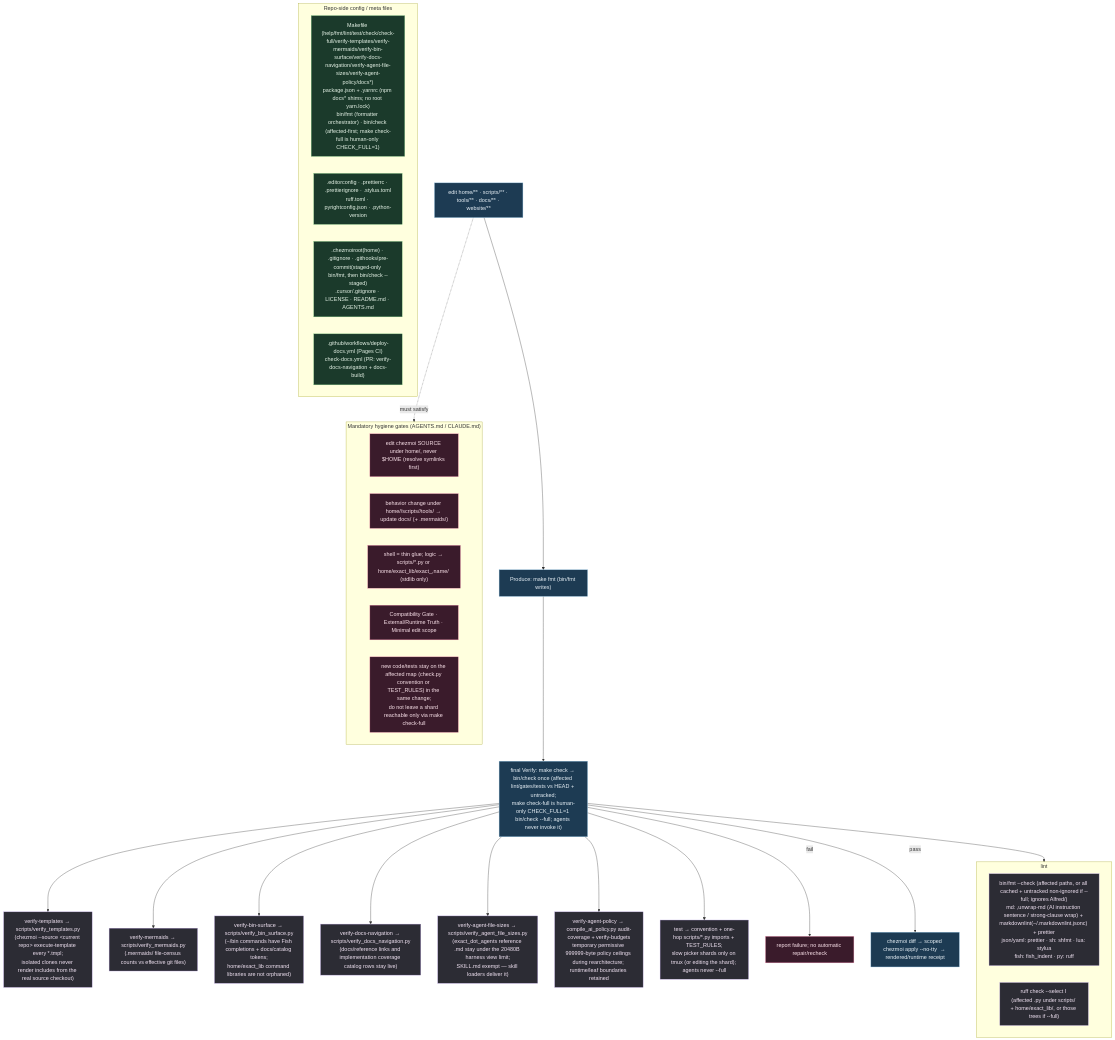
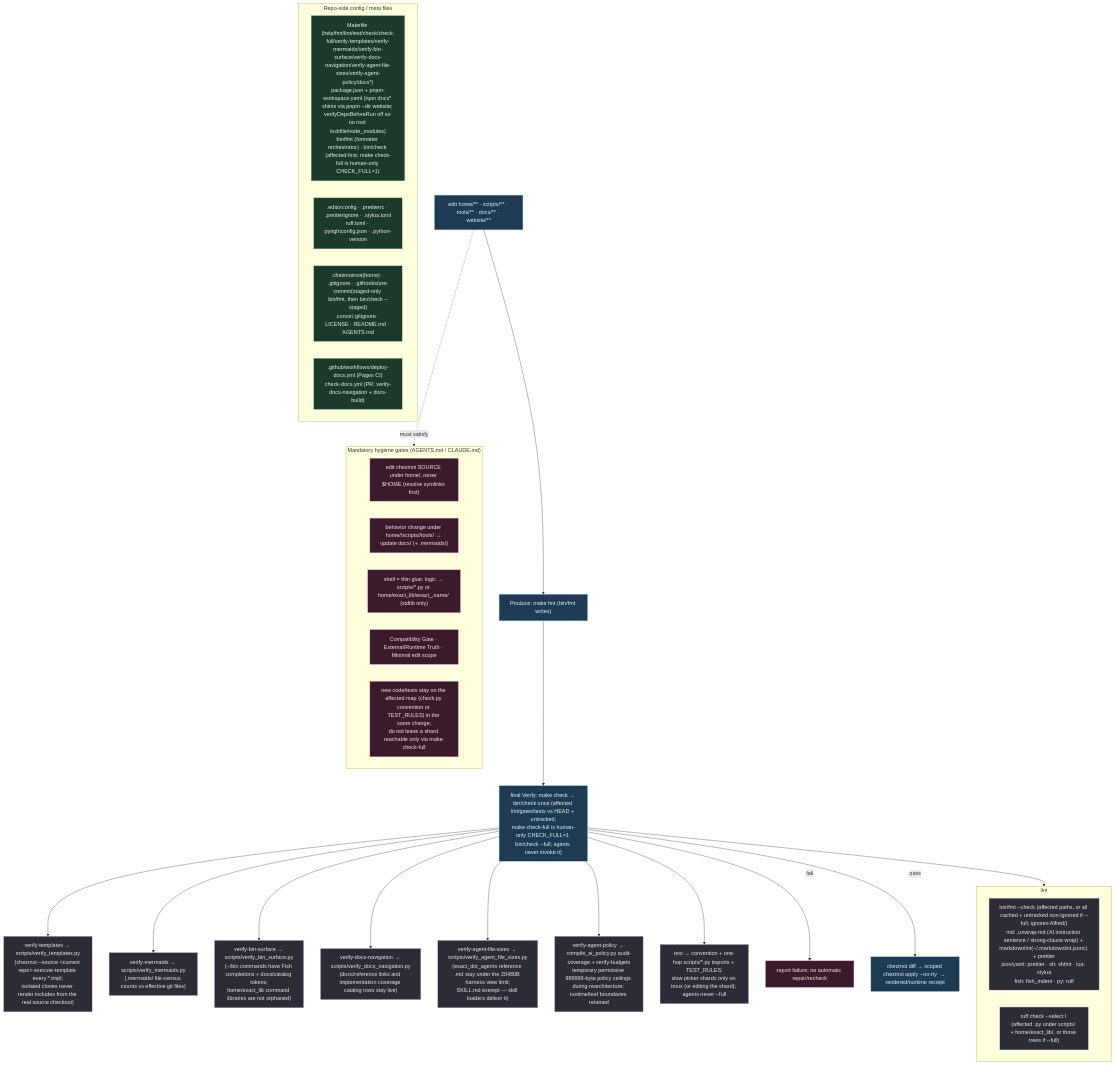
One commit to kapral18/dotfiles changed the diagram in .mermaids/09-repo-validation.mmd. Above: the diagram before and after it, drawn with Mermaid. The commit also changed 75 other files, not shown here.

First line of the commit message:
feat(pnpm): migrate repository from Yarn to pnpm

```diff
--- a/.mermaids/09-repo-validation.mmd
+++ b/.mermaids/09-repo-validation.mmd
@@ -1,46 +1,46 @@
 %% ============================================================================
 %% 09-repo-validation.mmd — Repo dev loop + every repo-side config/meta file.
 %% Produce: `make fmt`; integrated final Verify: `make check` once. `make check` is affected-only
 %% (`bin/check` vs dirty paths). `make check-full` is human-only (`CHECK_FULL=1 bin/check --full`);
 %% agents must never invoke it. Pre-commit: staged-only bin/fmt, then `bin/check --staged`.
 %% ============================================================================
 flowchart TD
     classDef mk fill:#1d3b53,stroke:#7fb3d5,color:#eaf2f8;
     classDef tool fill:#2c2c34,stroke:#b39ddb,color:#f3e5f5;
     classDef gate fill:#3a1b2b,stroke:#f48fb1,color:#fce4ec;
     classDef cfg fill:#1b3a2b,stroke:#81c784,color:#e8f5e9;
 
     EDIT["edit home/** · scripts/** · tools/** · docs/** · website/**"]:::mk --> FMTW["Produce: make fmt (bin/fmt writes)"]:::mk
     FMTW --> CHECK["final Verify: make check → bin/check once (affected lint/gates/tests vs HEAD + untracked;<br/>make check-full is human-only CHECK_FULL=1 bin/check --full; agents never invoke it)"]:::mk
 
     subgraph LINT["lint"]
         FMT["bin/fmt --check (affected paths, or all cached + untracked non-ignored if --full; ignores Alfred/)<br/>md: ,unwrap-md (AI instruction sentence / strong-clause wrap) + markdownlint(~/.markdownlint.jsonc) + prettier<br/>json/yaml: prettier · sh: shfmt · lua: stylua<br/>fish: fish_indent · py: ruff"]:::tool
         RUFFI["ruff check --select I (affected .py under scripts/ + home/exact_lib/, or those trees if --full)"]:::tool
     end
     VT["verify-templates → scripts/verify_templates.py<br/>(chezmoi --source &lt;current repo&gt; execute-template every *.tmpl;<br/>isolated clones never render includes from the real source checkout)"]:::tool
     VM["verify-mermaids → scripts/verify_mermaids.py<br/>(.mermaids/ file-census counts vs effective git files)"]:::tool
     VB["verify-bin-surface → scripts/verify_bin_surface.py<br/>(~/bin commands have Fish completions + docs/catalog tokens;<br/>home/exact_lib command libraries are not orphaned)"]:::tool
     VDN["verify-docs-navigation → scripts/verify_docs_navigation.py<br/>(docs/reference links and implementation coverage catalog rows stay live)"]:::tool
     VAF["verify-agent-file-sizes → scripts/verify_agent_file_sizes.py<br/>(exact_dot_agents reference .md stay under the 20480B harness view limit;<br/>SKILL.md exempt — skill loaders deliver it)"]:::tool
     VAP["verify-agent-policy → compile_ai_policy.py audit-coverage + verify-budgets<br/>temporary permissive 999999-byte policy ceilings during rearchitecture; runtime/leaf boundaries retained"]:::tool
     TST["test → convention + one-hop scripts/*.py imports + TEST_RULES;<br/>slow picker shards only on tmux (or editing the shard); agents never --full"]:::tool
     CHECK --> LINT & VT & VM & VB & VDN & VAF & VAP & TST
 
     CHECK -->|fail| STOP["report failure; no automatic repair/recheck"]:::gate
     CHECK -->|pass| APPLY["chezmoi diff → scoped chezmoi apply --no-tty <target> → rendered/runtime receipt"]:::mk
 
     subgraph CONFIG["Repo-side config / meta files"]
-        C1["Makefile (help/fmt/lint/test/check/check-full/verify-templates/verify-mermaids/verify-bin-surface/verify-docs-navigation/verify-agent-file-sizes/verify-agent-policy/docs*)<br/>package.json + .yarnrc (npm docs* shims; no root yarn.lock)<br/>bin/fmt (formatter orchestrator) · bin/check (affected-first; make check-full is human-only CHECK_FULL=1)"]:::cfg
+        C1["Makefile (help/fmt/lint/test/check/check-full/verify-templates/verify-mermaids/verify-bin-surface/verify-docs-navigation/verify-agent-file-sizes/verify-agent-policy/docs*)<br/>package.json + pnpm-workspace.yaml (npm docs* shims via pnpm --dir website; verifyDepsBeforeRun off so no root lockfile/node_modules)<br/>bin/fmt (formatter orchestrator) · bin/check (affected-first; make check-full is human-only CHECK_FULL=1)"]:::cfg
         C2[".editorconfig · .prettierrc · .prettierignore · .stylua.toml<br/>ruff.toml · pyrightconfig.json · .python-version"]:::cfg
         C3[".chezmoiroot(home) · .gitignore · .githooks/pre-commit(staged-only bin/fmt, then bin/check --staged)<br/>.cursor/.gitignore · LICENSE · README.md · AGENTS.md"]:::cfg
         C4[".github/workflows/deploy-docs.yml (Pages CI)<br/>check-docs.yml (PR: verify-docs-navigation + docs-build)"]:::cfg
     end
 
     subgraph HYG["Mandatory hygiene gates (AGENTS.md / CLAUDE.md)"]
         G1["edit chezmoi SOURCE under home/, never $HOME (resolve symlinks first)"]:::gate
         G2["behavior change under home//scripts//tools/ → update docs/ (+ .mermaids/)"]:::gate
         G3["shell = thin glue; logic → scripts/*.py or home/exact_lib/exact_,name/ (stdlib only)"]:::gate
         G4["Compatibility Gate · External/Runtime Truth · Minimal edit scope"]:::gate
         G5["new code/tests stay on the affected map (check.py convention or TEST_RULES) in the same change;<br/>do not leave a shard reachable only via make check-full"]:::gate
     end
     EDIT -.must satisfy.-> HYG
```
